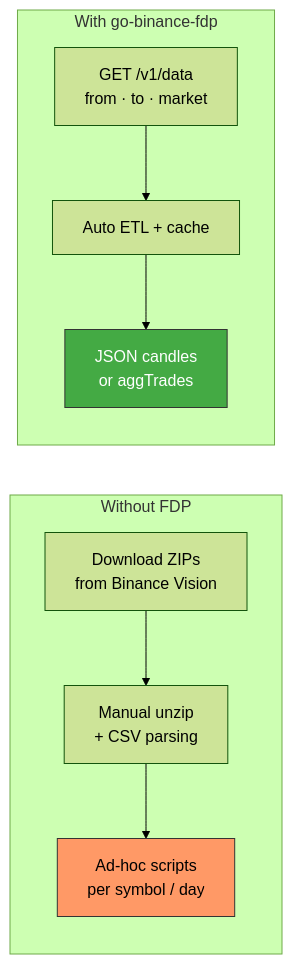
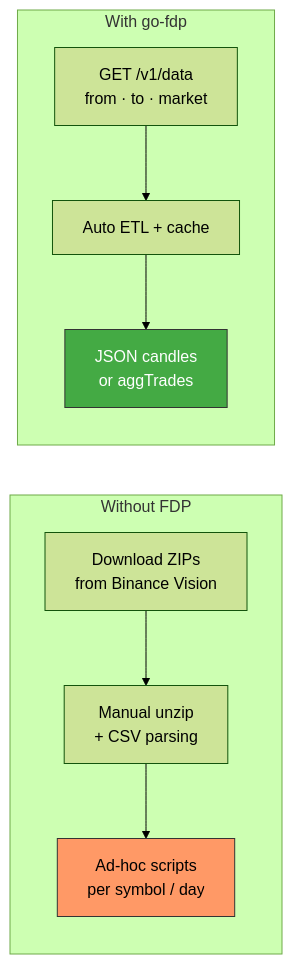
The second of 3 diagrams in README.md (eSlider/go-fdp), drawn with Mermaid (forest theme) before and after one commit. The commit also changed other lines of this file and 51 other files, not shown here.

````diff
--- a/README.md
+++ b/README.md
@@ -45,20 +59,20 @@
 ```mermaid
 graph LR
     subgraph "Without FDP"
         DL["Download ZIPs<br/>from Binance Vision"]
         MAN["Manual unzip<br/>+ CSV parsing"]
         ADH["Ad-hoc scripts<br/>per symbol / day"]
     end
 
-    subgraph "With go-binance-fdp"
+    subgraph "With go-fdp"
         REQ["GET /v1/data<br/>from · to · market"]
         AUTO["Auto ETL + cache"]
         OUT["JSON candles<br/>or aggTrades"]
     end
 
     DL --> MAN --> ADH
     REQ --> AUTO --> OUT
 
     style ADH fill:#f96,stroke:#333
     style OUT fill:#4a4,stroke:#333,color:#fff
 ```
````
